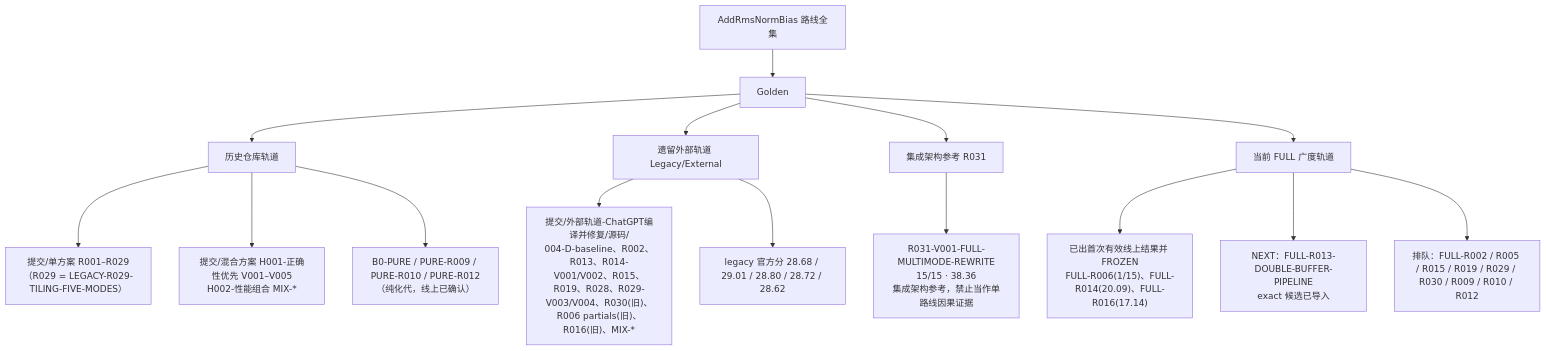
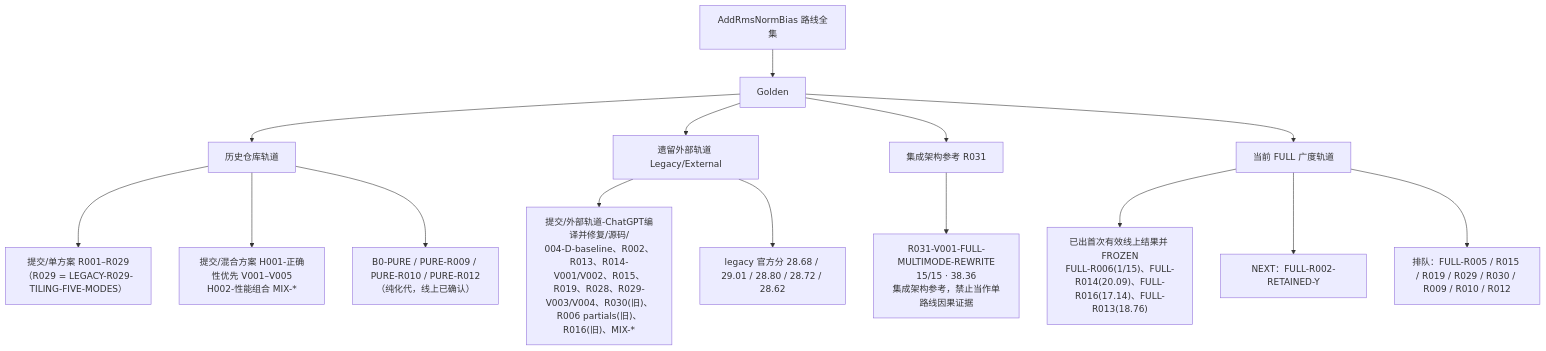
One commit to sxyq/CANN changed the diagram in 文档/路线树.md. Above: the diagram before and after it, drawn with Mermaid. The commit also changed other lines of this file and 14 other files, not shown here.

````diff
--- a/文档/路线树.md
+++ b/文档/路线树.md
@@ -7,22 +7,22 @@
 ```mermaid
 flowchart TD
     ROOT["AddRmsNormBias 路线全集"]
     ROOT --> TRACKS["Golden"]
     TRACKS --> T1["历史仓库轨道"]
     TRACKS --> T2["遗留外部轨道 Legacy/External"]
     TRACKS --> T3["集成架构参考 R031"]
     TRACKS --> T4["当前 FULL 广度轨道"]
 
     T1 --> T1A["提交/单方案 R001–R029<br/>（R029 = LEGACY-R029-TILING-FIVE-MODES）"]
     T1 --> T1B["提交/混合方案 H001-正确性优先 V001–V005<br/>H002-性能组合 MIX-*"]
     T1 --> T1C["B0-PURE / PURE-R009 / PURE-R010 / PURE-R012<br/>（纯化代，线上已确认）"]
 
     T2 --> T2A["提交/外部轨道-ChatGPT编译并修复/源码/<br/>004-D-baseline、R002、R013、R014-V001/V002、R015、R019、R028、R029-V003/V004、R030(旧)、R006 partials(旧)、R016(旧)、MIX-*"]
     T2 --> T2B["legacy 官方分 28.68 / 29.01 / 28.80 / 28.72 / 28.62"]
 
     T3 --> T3A["R031-V001-FULL-MULTIMODE-REWRITE<br/>15/15 · 38.36<br/>集成架构参考，禁止当作单路线因果证据"]
 
-    T4 --> T4A["已出首次有效线上结果并 FROZEN<br/>FULL-R006(1/15)、FULL-R014(20.09)、FULL-R016(17.14)"]
-    T4 --> T4B["NEXT：FULL-R013-DOUBLE-BUFFER-PIPELINE<br/>exact 候选已导入"]
-    T4 --> T4C["排队：FULL-R002 / R005 / R015 / R019 / R029 / R030 / R009 / R010 / R012"]
+    T4 --> T4A["已出首次有效线上结果并 FROZEN<br/>FULL-R006(1/15)、FULL-R014(20.09)、FULL-R016(17.14)、FULL-R013(18.76)"]
+    T4 --> T4B["NEXT：FULL-R002-RETAINED-Y"]
+    T4 --> T4C["排队：FULL-R005 / R015 / R019 / R029 / R030 / R009 / R010 / R012"]
 ```
````
